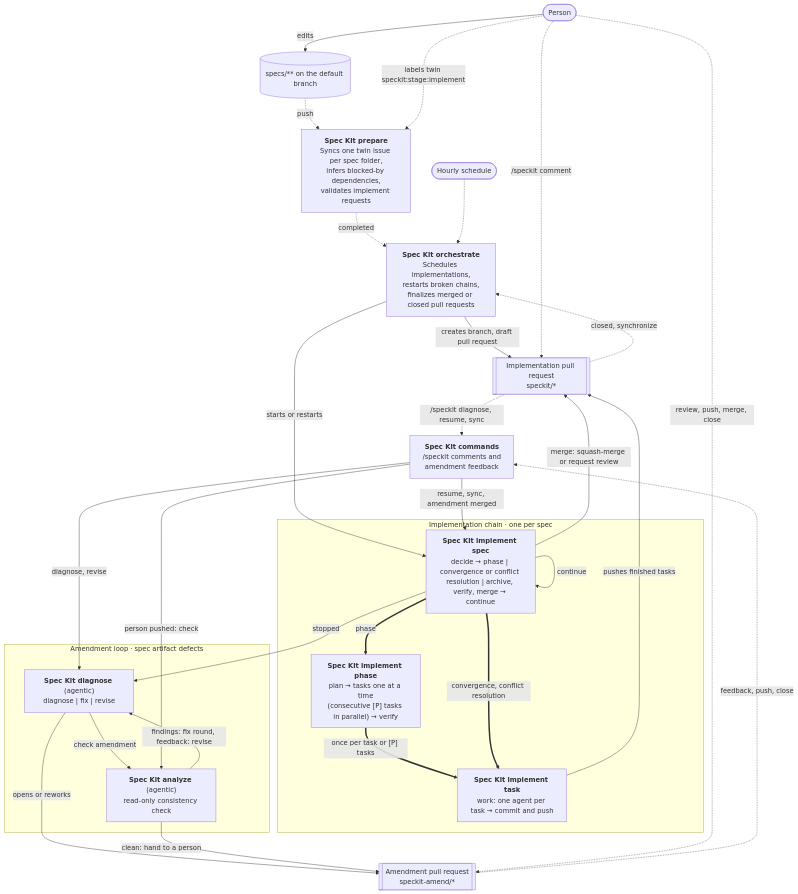
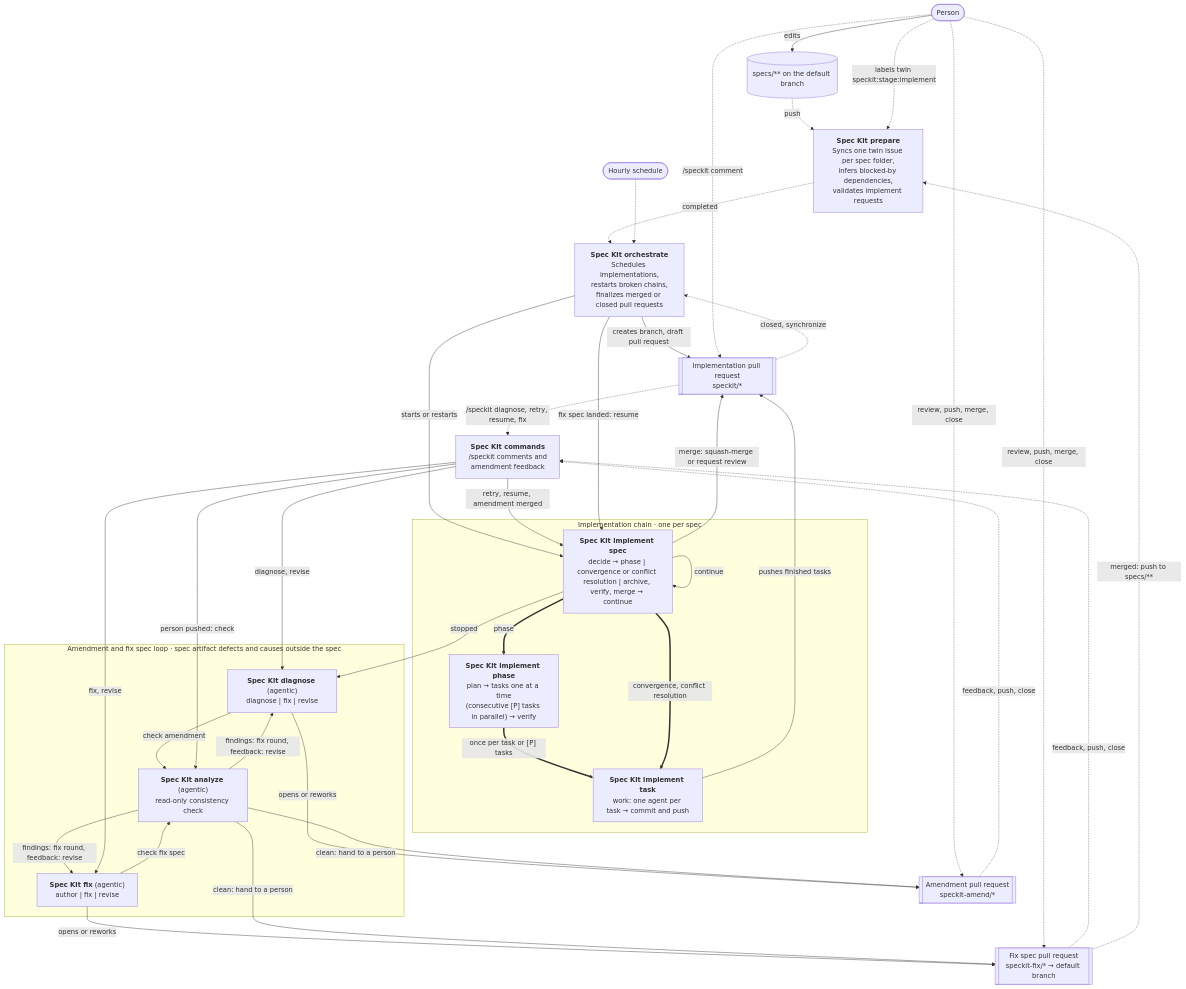
One commit to markusheiliger/socalytics changed the diagram in .github/workflows/README.md. Above: the diagram before and after it, drawn with Mermaid. The commit also changed other lines of this file and 41 other files, not shown here.

First line of the commit message:
Add Spec Kit fix workflow and documentation

````diff
--- a/.github/workflows/README.md
+++ b/.github/workflows/README.md
@@ -9,55 +9,66 @@
 ```mermaid
 flowchart TD
     person(["Person"])
     specs[("specs/** on the default branch")]
     cron(["Hourly schedule"])
 
     prepare["<b>Spec Kit prepare</b><br/>Syncs one twin issue per spec folder,<br/>infers blocked-by dependencies,<br/>validates implement requests"]
     orchestrate["<b>Spec Kit orchestrate</b><br/>Schedules implementations,<br/>restarts broken chains,<br/>finalizes merged or closed pull requests"]
     commands["<b>Spec Kit commands</b><br/>/speckit comments and<br/>amendment feedback"]
 
     subgraph chain["Implementation chain · one per spec"]
         spec["<b>Spec Kit implement spec</b><br/>decide → phase | convergence or conflict resolution | archive, verify, merge → continue"]
         phase["<b>Spec Kit implement phase</b><br/>plan → tasks one at a time<br/>(consecutive [P] tasks in parallel) → verify"]
         task["<b>Spec Kit implement task</b><br/>work: one agent per task → commit and push"]
     end
 
-    subgraph amend["Amendment loop · spec artifact defects"]
+    subgraph amend["Amendment and fix spec loop · spec artifact defects and causes outside the spec"]
         diagnose["<b>Spec Kit diagnose</b> (agentic)<br/>diagnose | fix | revise"]
+        fixspec["<b>Spec Kit fix</b> (agentic)<br/>author | fix | revise"]
         analyze["<b>Spec Kit analyze</b> (agentic)<br/>read-only consistency check"]
     end
 
     implPr[["Implementation pull request<br/>speckit/*"]]
     amendPr[["Amendment pull request<br/>speckit-amend/*"]]
+    fixPr[["Fix spec pull request<br/>speckit-fix/* → default branch"]]
 
     person -- "edits" --> specs
     specs -. "push" .-> prepare
     person -. "labels twin speckit:stage:implement" .-> prepare
     prepare -. "completed" .-> orchestrate
     cron -.-> orchestrate
     implPr -. "closed, synchronize" .-> orchestrate
 
     orchestrate -- "creates branch, draft pull request" --> implPr
     orchestrate -- "starts or restarts" --> spec
 
     spec == "phase" ==> phase
     phase == "once per task or [P] tasks" ==> task
     spec == "convergence, conflict resolution" ==> task
     spec -- "continue" --> spec
     task -- "pushes finished tasks" --> implPr
     spec -- "merge: squash-merge or request review" --> implPr
 
     spec -- "stopped" --> diagnose
     diagnose -- "opens or reworks" --> amendPr
     diagnose -- "check amendment" --> analyze
+    fixspec -- "opens or reworks" --> fixPr
+    fixspec -- "check fix spec" --> analyze
     analyze -- "findings: fix round, feedback: revise" --> diagnose
+    analyze -- "findings: fix round, feedback: revise" --> fixspec
     analyze -- "clean: hand to a person" --> amendPr
+    analyze -- "clean: hand to a person" --> fixPr
 
     person -. "/speckit comment" .-> implPr
     person -. "review, push, merge, close" .-> amendPr
-    implPr -. "/speckit diagnose, resume, sync" .-> commands
+    person -. "review, push, merge, close" .-> fixPr
+    implPr -. "/speckit diagnose, retry, resume, fix" .-> commands
     amendPr -. "feedback, push, close" .-> commands
-    commands -- "resume, sync, amendment merged" --> spec
+    fixPr -. "feedback, push, close" .-> commands
+    fixPr -. "merged: push to specs/**" .-> prepare
+    commands -- "retry, resume, amendment merged" --> spec
     commands -- "diagnose, revise" --> diagnose
+    commands -- "fix, revise" --> fixspec
     commands -- "person pushed: check" --> analyze
+    orchestrate -- "fix spec landed: resume" --> spec
 ```
````
